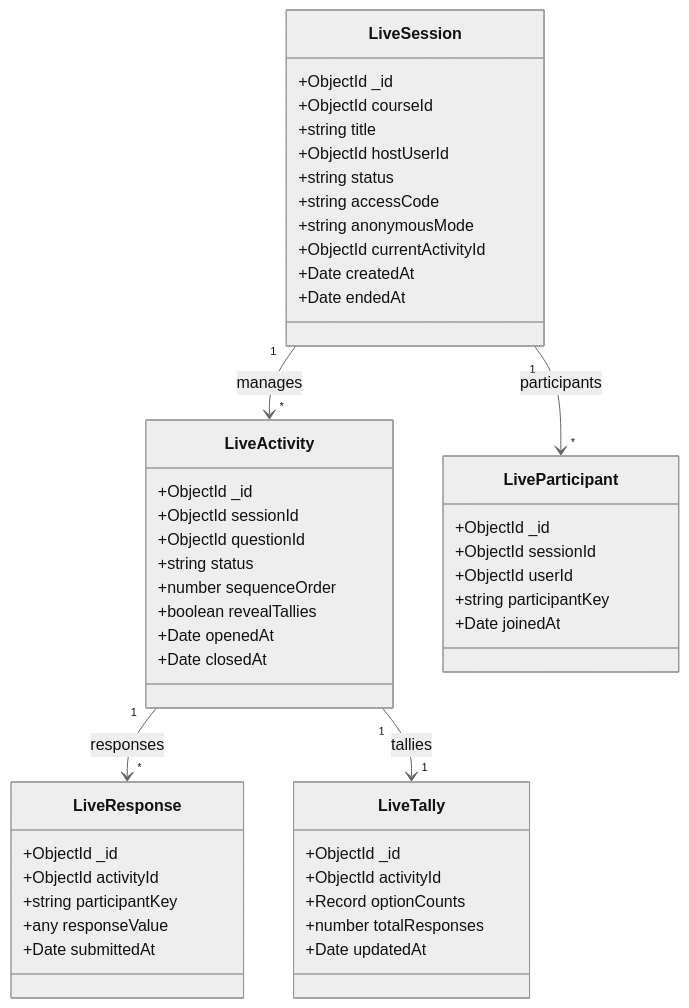
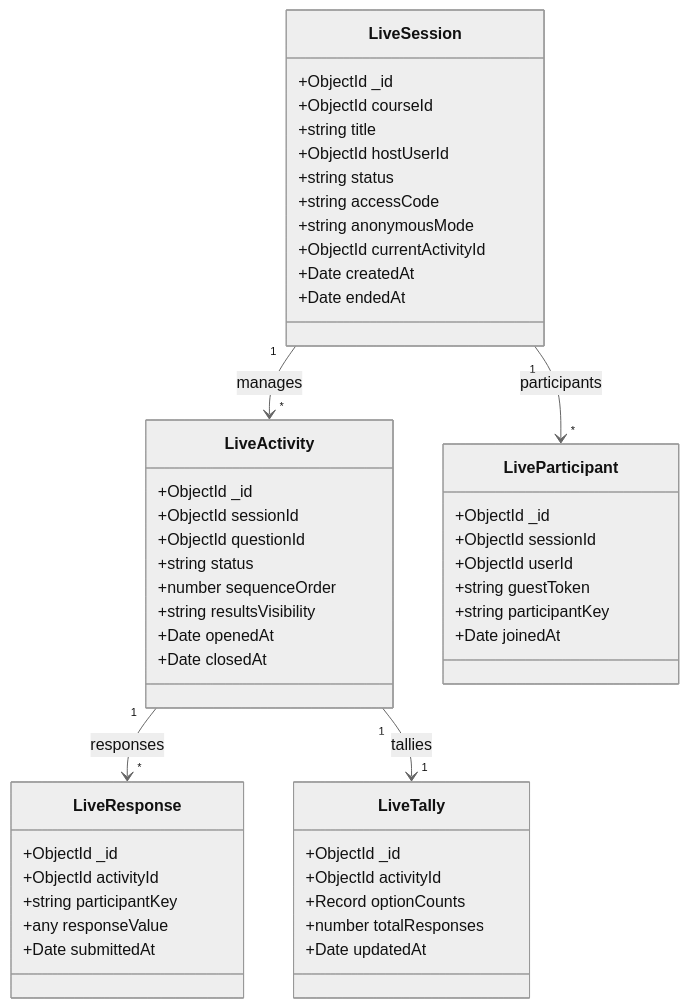
One commit to Aarathi1535/assignment_evaluation-IIIT-Hyd changed the third of 9 diagrams in docs/learning-module.md. Above: the diagram before and after it, drawn with Mermaid (neutral theme). The commit also changed other lines of this file, not shown here.

Commit message:
docs(learning): align models, identity, and visibility with issue #244

````diff
--- a/docs/learning-module.md
+++ b/docs/learning-module.md
@@ -201,55 +205,56 @@
 ```mermaid
 classDiagram
     class LiveSession {
         +ObjectId _id
         +ObjectId courseId
         +string title
         +ObjectId hostUserId
         +string status
         +string accessCode
         +string anonymousMode
         +ObjectId currentActivityId
         +Date createdAt
         +Date endedAt
     }
 
     class LiveActivity {
         +ObjectId _id
         +ObjectId sessionId
         +ObjectId questionId
         +string status
         +number sequenceOrder
-        +boolean revealTallies
+        +string resultsVisibility
         +Date openedAt
         +Date closedAt
     }
 
     class LiveParticipant {
         +ObjectId _id
         +ObjectId sessionId
         +ObjectId userId
+        +string guestToken
         +string participantKey
         +Date joinedAt
     }
 
     class LiveResponse {
         +ObjectId _id
         +ObjectId activityId
         +string participantKey
         +any responseValue
         +Date submittedAt
     }
 
     class LiveTally {
         +ObjectId _id
         +ObjectId activityId
         +Record optionCounts
         +number totalResponses
         +Date updatedAt
     }
 
     LiveSession "1" --> "*" LiveActivity : manages
     LiveSession "1" --> "*" LiveParticipant : participants
     LiveActivity "1" --> "*" LiveResponse : responses
     LiveActivity "1" --> "1" LiveTally : tallies
 ```
````
